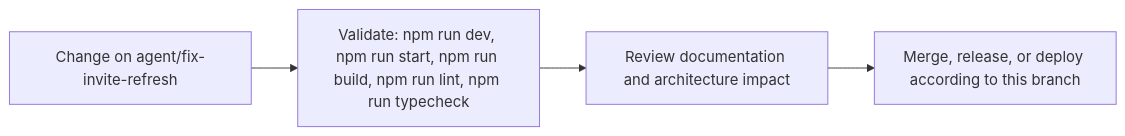
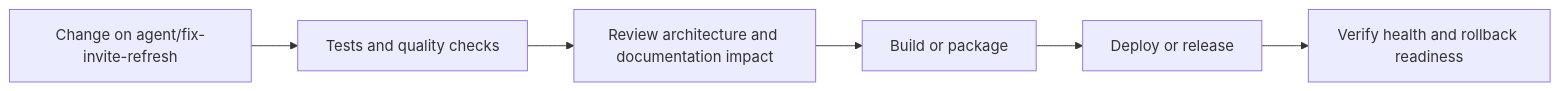
Before and after one commit to Nischhalsubba/blink-and-find: the sixth of 7 diagrams in README.md, drawn with Mermaid. The commit also changed other lines of this file, not shown here.

````diff
--- a/README.md
+++ b/README.md
@@ -88,8 +202,8 @@
 ```mermaid
 flowchart LR
-    CHANGE["Change on agent/fix-invite-refresh"]
-    CHECK["Validate: npm run dev, npm run start, npm run build, npm run lint, npm run typecheck"]
-    REVIEW["Review documentation and architecture impact"]
-    RELEASE["Merge, release, or deploy according to this branch"]
-    CHANGE --> CHECK --> REVIEW --> RELEASE
+    CHANGE["Change on agent/fix-invite-refresh"] --> CHECK["Tests and quality checks"]
+    CHECK --> REVIEW["Review architecture and documentation impact"]
+    REVIEW --> BUILD["Build or package"]
+    BUILD --> DEPLOY["Deploy or release"]
+    DEPLOY --> VERIFY["Verify health and rollback readiness"]
 ```
````
